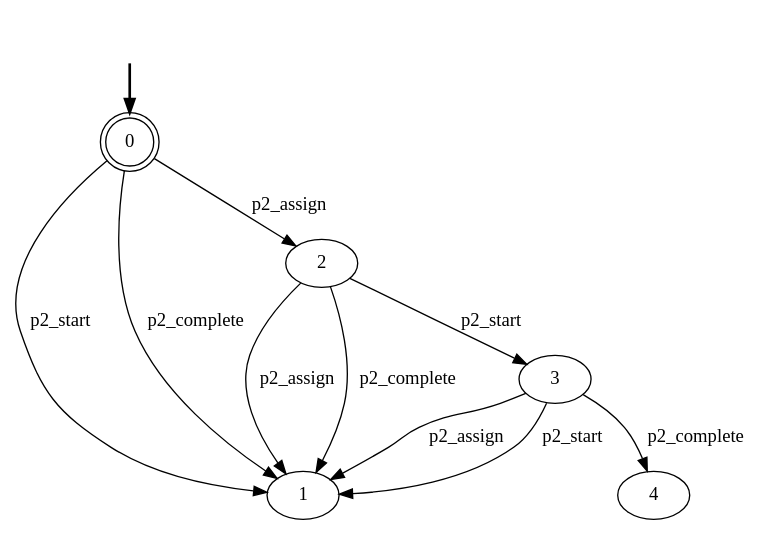
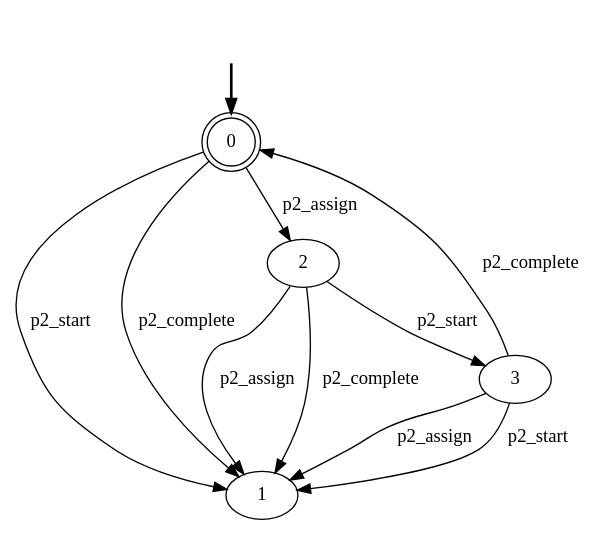
One commit to GianmarcoBordin/pddlTranslator changed the diagram in out/production/Aligner/lifecycle/p2__lifecycle.dot. Above: the diagram before and after it, drawn with Graphviz. The commit also changed 101 other files, not shown here.

```diff
--- a/out/production/Aligner/lifecycle/p2__lifecycle.dot
+++ b/out/production/Aligner/lifecycle/p2__lifecycle.dot
@@ -1,17 +1,17 @@
 digraph {
 	fake0 [style=invisible]
 	0 [root=true] [shape=doublecircle]
 	1
 	2
 	3
 	fake0 -> 0 [style=bold]
 	2 -> 1 [label=p2_assign]
 	2 -> 3 [label=p2_start]
 	2 -> 1 [label=p2_complete]
 	3 -> 1 [label=p2_assign]
 	3 -> 1 [label=p2_start]
-	3 -> 4 [label=p2_complete]
+	3 -> 0 [label=p2_complete]
 	0 -> 2 [label=p2_assign]
 	0 -> 1 [label=p2_start]
 	0 -> 1 [label=p2_complete]
 }
```
